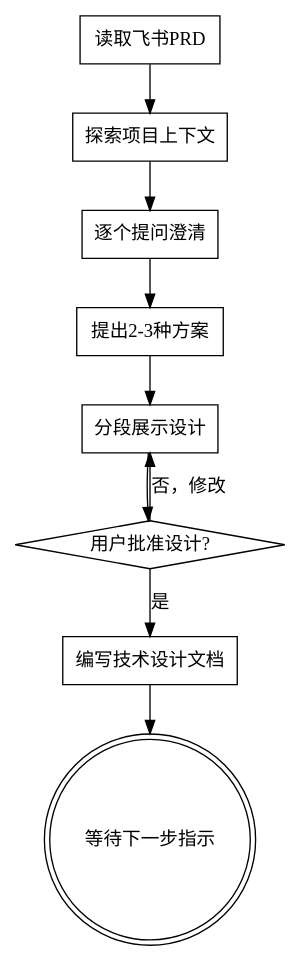
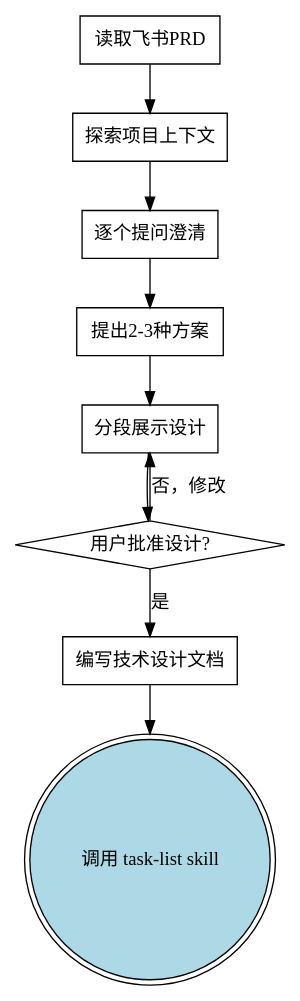
The diagram in claude/skills/tech-plan/SKILL.md (cullen0314/xiaoer-ai-devkit), drawn with Graphviz before and after one commit. The commit also changed other lines of this file and 23 other files, not shown here.

````diff
--- a/claude/skills/tech-plan/SKILL.md
+++ b/claude/skills/tech-plan/SKILL.md
@@ -49,21 +52,21 @@
 ```dot
 digraph tech_plan {
     "读取飞书PRD" [shape=box];
     "探索项目上下文" [shape=box];
     "逐个提问澄清" [shape=box];
     "提出2-3种方案" [shape=box];
     "分段展示设计" [shape=box];
     "用户批准设计?" [shape=diamond];
     "编写技术设计文档" [shape=box];
-    "等待下一步指示" [shape=doublecircle];
+    "调用 task-list skill" [shape=doublecircle, style=filled, fillcolor=lightblue];
 
     "读取飞书PRD" -> "探索项目上下文";
     "探索项目上下文" -> "逐个提问澄清";
     "逐个提问澄清" -> "提出2-3种方案";
     "提出2-3种方案" -> "分段展示设计";
     "分段展示设计" -> "用户批准设计?";
     "用户批准设计?" -> "分段展示设计" [label="否，修改"];
     "用户批准设计?" -> "编写技术设计文档" [label="是"];
-    "编写技术设计文档" -> "等待下一步指示";
+    "编写技术设计文档" -> "调用 task-list skill";
 }
 ```
````
